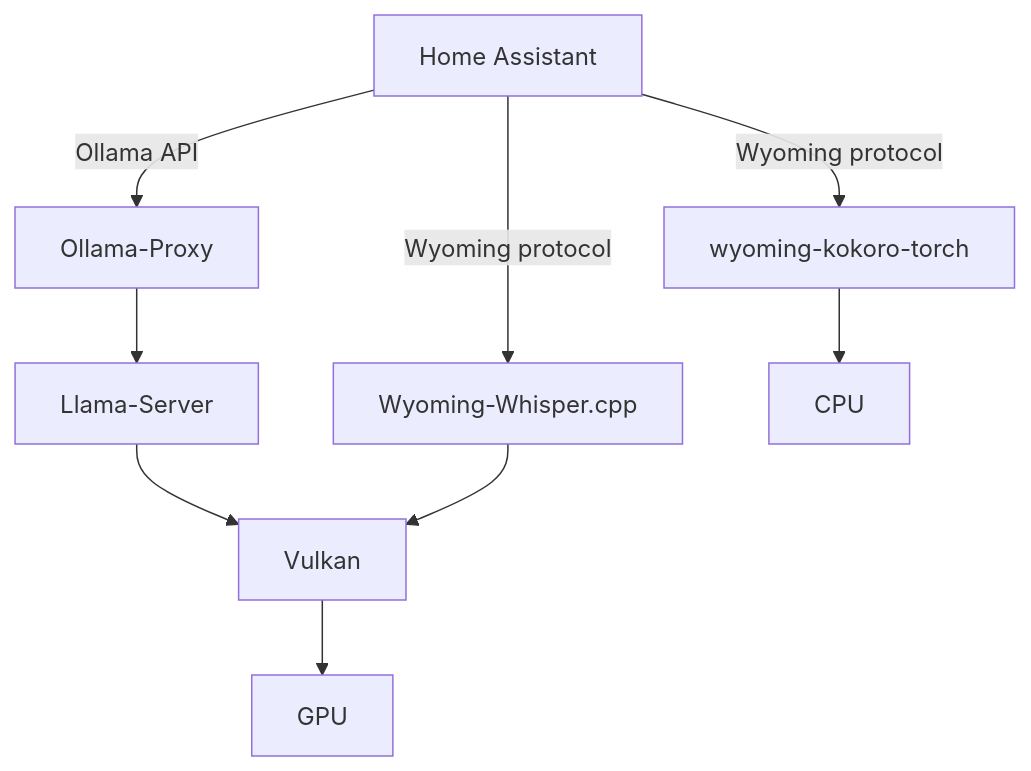
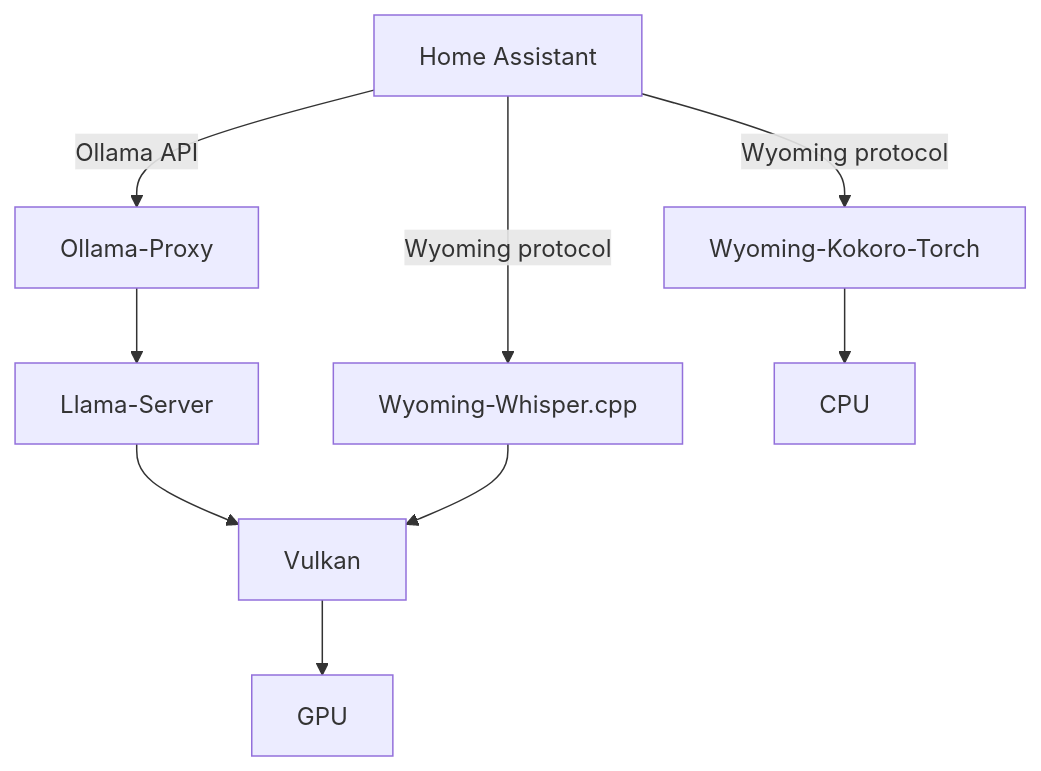
Before and after one commit to debackerl/home-assistant-vulkan-voice-assistant: the diagram in readme.md, drawn with Mermaid. The commit also changed other lines of this file and 2 other files, not shown here.

Commit message:
Bump version of kokoro package, and update README

````diff
--- a/readme.md
+++ b/readme.md
@@ -5,11 +5,11 @@
 ```mermaid
 graph TD;
     HA[Home Assistant]-->|Ollama API| OP;
     HA[Home Assistant]-->|Wyoming protocol| WW;
     HA[Home Assistant]-->|Wyoming protocol| KW;
     OP[Ollama-Proxy]-->LS;
     LS[Llama-Server]-->V;
     WW[Wyoming-Whisper.cpp]-->V;
     V[Vulkan]-->GPU;
-    KW[wyoming-kokoro-torch]-->CPU;
+    KW[Wyoming-Kokoro-Torch]-->CPU;
 ```
````
